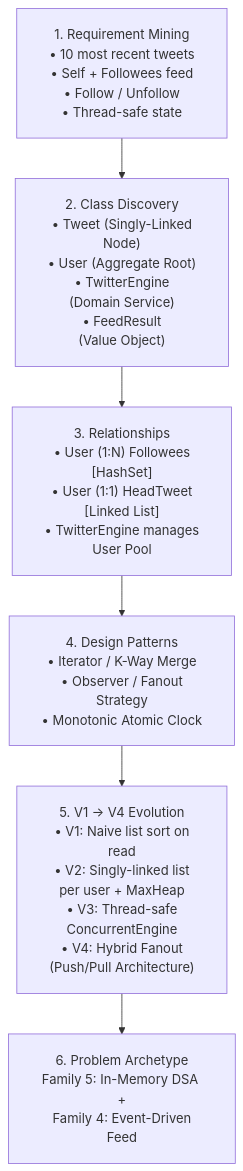
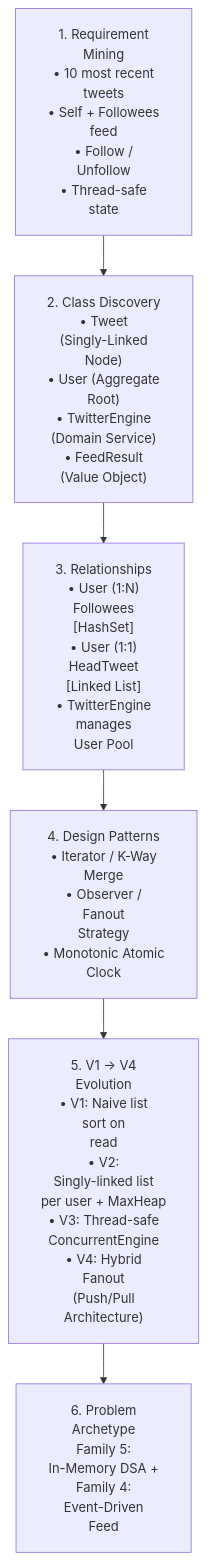
The first of 3 diagrams in LLD/03_Tier3_DSA_Screening/30_Social_Media_Feed_Twitter.md (dip4k/DSA_102), drawn with Mermaid before and after one commit. The commit also changed other lines of this file and 106 other files, not shown here.

First line of the commit message:
fix(mermaid): prevent text clipping with foreignObject overflow and tighter line wrapping

````diff
--- a/LLD/03_Tier3_DSA_Screening/30_Social_Media_Feed_Twitter.md
+++ b/LLD/03_Tier3_DSA_Screening/30_Social_Media_Feed_Twitter.md
@@ -23,9 +23,9 @@
 ```mermaid
-%%{init: {"flowchart": {"htmlLabels": true, "padding": 20}}}%%
+%%{init: {"flowchart": {"htmlLabels": true, "padding": 20}, "themeCSS": "foreignObject { overflow: visible !important; }"}}%%
 flowchart TD
-    A["1. Requirement Mining<br/>• 10 most recent tweets<br/>• Self + Followees feed<br/>• Follow / Unfollow<br/>• Thread-safe state"] --> B["2. Class Discovery<br/>• Tweet (Singly-Linked<br/>Node)<br/>• User (Aggregate Root)<br/>• TwitterEngine<br/>(Domain Service)<br/>• FeedResult<br/>(Value Object)"]
-    B --> C["3. Relationships<br/>• User (1:N) Followees<br/>[HashSet]<br/>• User (1:1) HeadTweet<br/>[Linked List]<br/>• TwitterEngine manages<br/>User Pool"]
-    C --> D["4. Design Patterns<br/>• Iterator / K-Way Merge<br/>• Observer / Fanout<br/>Strategy<br/>• Monotonic Atomic Clock"]
-    D --> E["5. V1 → V4 Evolution<br/>• V1: Naive list sort on<br/>read<br/>• V2: Singly-linked list<br/>per user + MaxHeap<br/>• V3: Thread-safe<br/>ConcurrentEngine<br/>• V4: Hybrid Fanout<br/>(Push/Pull Architecture)"]
-    E --> F["6. Problem Archetype<br/>Family 5: In-Memory DSA +<br/>Family 4: Event-Driven<br/>Feed"]
+    A["1. Requirement<br/>Mining<br/>• 10 most recent<br/>tweets<br/>• Self + Followees<br/>feed<br/>• Follow /<br/>Unfollow<br/>• Thread-safe<br/>state"] --> B["2. Class Discovery<br/>• Tweet<br/>(Singly-Linked<br/>Node)<br/>• User (Aggregate<br/>Root)<br/>• TwitterEngine<br/>(Domain Service)<br/>• FeedResult<br/>(Value Object)"]
+    B --> C["3. Relationships<br/>• User (1:N)<br/>Followees<br/>[HashSet]<br/>• User (1:1)<br/>HeadTweet<br/>[Linked List]<br/>• TwitterEngine<br/>manages<br/>User Pool"]
+    C --> D["4. Design Patterns<br/>• Iterator / K-Way<br/>Merge<br/>• Observer /<br/>Fanout<br/>Strategy<br/>• Monotonic Atomic<br/>Clock"]
+    D --> E["5. V1 → V4<br/>Evolution<br/>• V1: Naive list<br/>sort on<br/>read<br/>• V2:<br/>Singly-linked list<br/>per user + MaxHeap<br/>• V3: Thread-safe<br/>ConcurrentEngine<br/>• V4: Hybrid<br/>Fanout<br/>(Push/Pull<br/>Architecture)"]
+    E --> F["6. Problem<br/>Archetype<br/>Family 5:<br/>In-Memory DSA +<br/>Family 4:<br/>Event-Driven<br/>Feed"]
 ```
````
